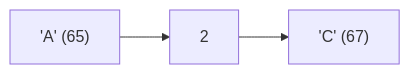
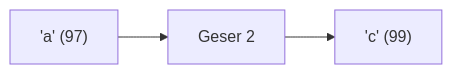
Before and after one commit to amnahwaida/OSNK_INF_PREP: the third of 25 diagrams in part-c-pemahaman-cpp/01-tipe-data/latihan/set-11.md, drawn with Mermaid. The commit also changed other lines of this file and 71 other files, not shown here.

````diff
--- a/part-c-pemahaman-cpp/01-tipe-data/latihan/set-11.md
+++ b/part-c-pemahaman-cpp/01-tipe-data/latihan/set-11.md
@@ -49,5 +79,5 @@
 ```mermaid
 graph LR
-A["'A' (65)"] --> B["2"]
-B --> C["'C' (67)"]
+A["'a' (97)"] --> B["Geser 2"]
+B --> C["'c' (99)"]
 ```
````
